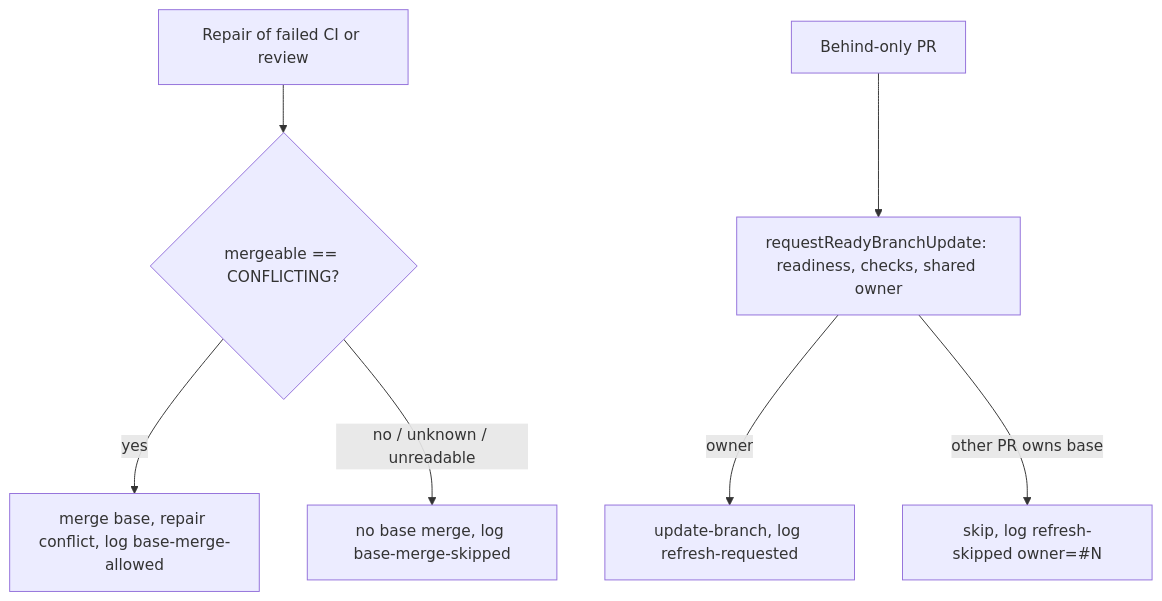
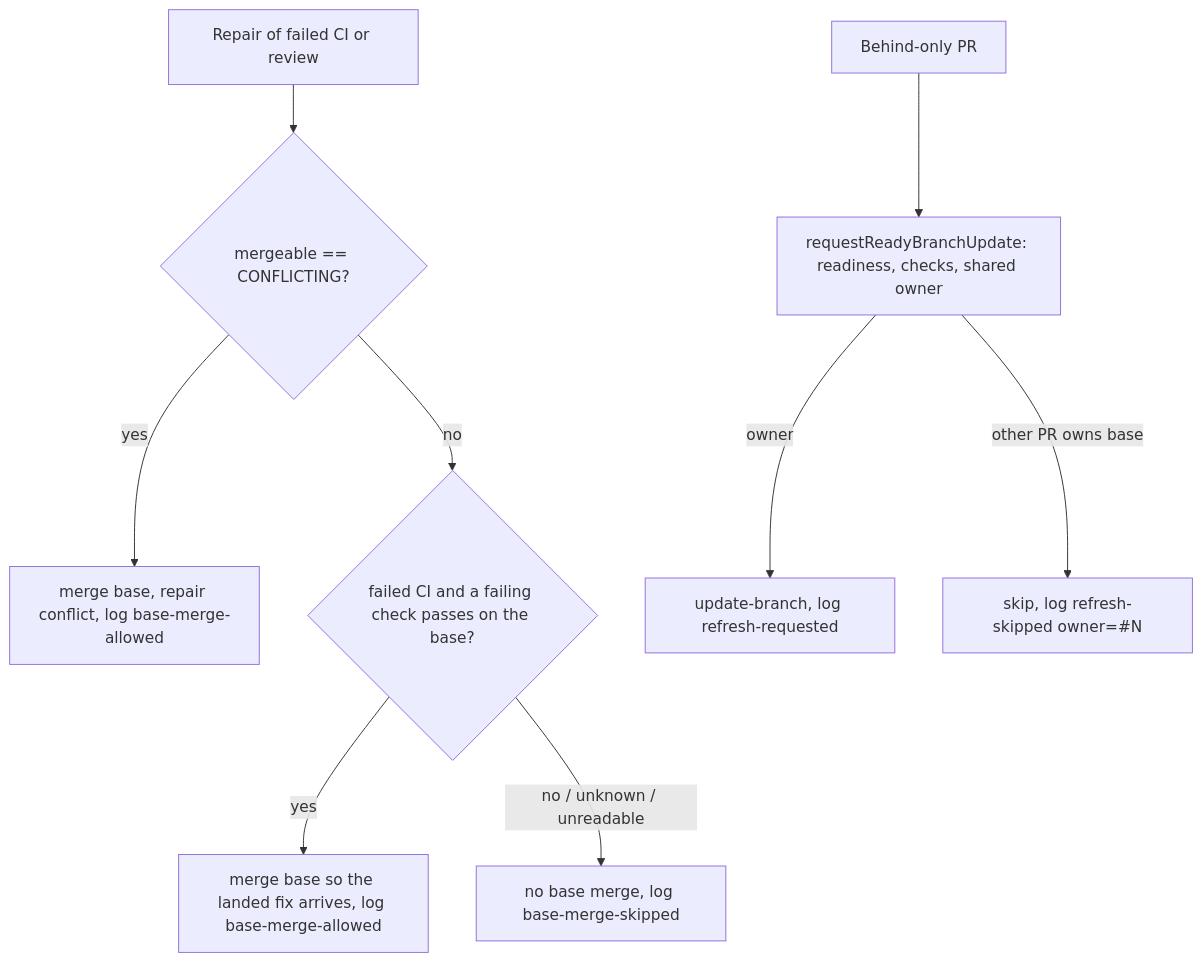
Before and after one commit to stSoftwareAU/VibeCoder: the diagram in docs/archive/pr-summaries/pr-summary-4943.md, drawn with Mermaid. The commit also changed other lines of this file and 1 other file, not shown here.

````diff
--- a/docs/archive/pr-summaries/pr-summary-4943.md
+++ b/docs/archive/pr-summaries/pr-summary-4943.md
@@ -89,9 +100,11 @@
 ```mermaid
 flowchart TD
     R[Repair of failed CI or review] --> M{mergeable == CONFLICTING?}
     M -- yes --> C[merge base, repair conflict, log base-merge-allowed]
-    M -- no / unknown / unreadable --> S[no base merge, log base-merge-skipped]
+    M -- no --> G{failed CI and a failing check passes on the base?}
+    G -- yes --> F[merge base so the landed fix arrives, log base-merge-allowed]
+    G -- no / unknown / unreadable --> S[no base merge, log base-merge-skipped]
     B[Behind-only PR] --> O[requestReadyBranchUpdate: readiness, checks, shared owner]
     O -- owner --> U[update-branch, log refresh-requested]
     O -- other PR owns base --> K[skip, log refresh-skipped owner=#N]
 ```
````
